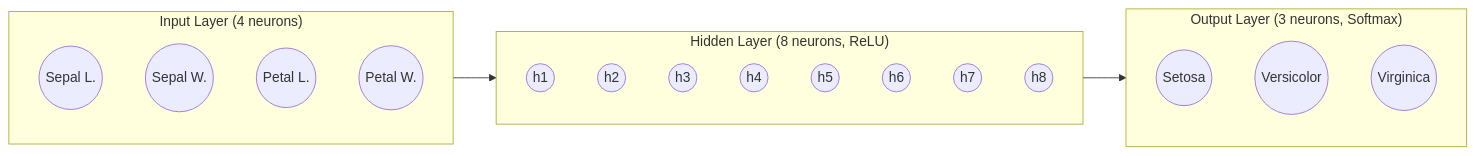
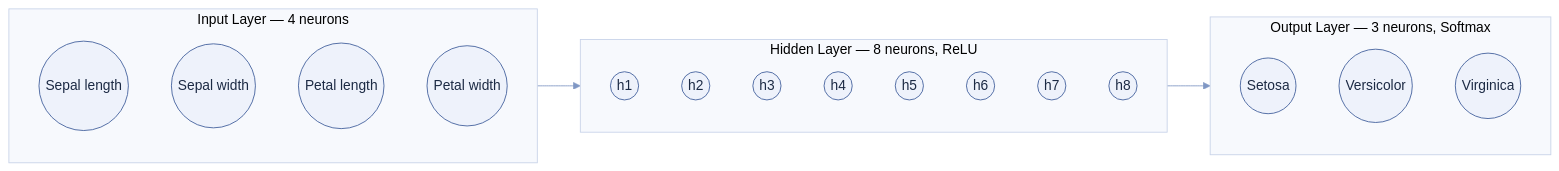
The first of 4 diagrams in README.md (manmathk31/Deep-Learning), drawn with Mermaid before and after one commit. The commit also changed other lines of this file, not shown here.

````diff
--- a/README.md
+++ b/README.md
@@ -63,25 +67,29 @@
 ```mermaid
+%%{init: {'theme': 'base', 'themeVariables': {
+  'primaryColor': '#eef2fb',
+  'primaryBorderColor': '#3E5C9A',
+  'primaryTextColor': '#1c2a44',
+  'lineColor': '#7f97c4',
+  'background': '#ffffff',
+  'clusterBkg': '#f7f9fd',
+  'clusterBorder': '#c7d2e8',
+  'fontFamily': 'Segoe UI, sans-serif'
+}}}%%
 flowchart LR
-    subgraph Input["Input Layer (4 neurons)"]
-        i1((Sepal L.))
-        i2((Sepal W.))
-        i3((Petal L.))
-        i4((Petal W.))
+    subgraph Input["Input Layer — 4 neurons"]
+        i1((Sepal length))
+        i2((Sepal width))
+        i3((Petal length))
+        i4((Petal width))
     end
-    subgraph Hidden["Hidden Layer (8 neurons, ReLU)"]
-        h1((h1))
-        h2((h2))
-        h3((h3))
-        h4((h4))
-        h5((h5))
-        h6((h6))
-        h7((h7))
-        h8((h8))
+    subgraph Hidden["Hidden Layer — 8 neurons, ReLU"]
+        h1((h1)); h2((h2)); h3((h3)); h4((h4))
+        h5((h5)); h6((h6)); h7((h7)); h8((h8))
     end
-    subgraph Output["Output Layer (3 neurons, Softmax)"]
+    subgraph Output["Output Layer — 3 neurons, Softmax"]
         o1((Setosa))
         o2((Versicolor))
         o3((Virginica))
     end
     Input --> Hidden --> Output
 ```
````
